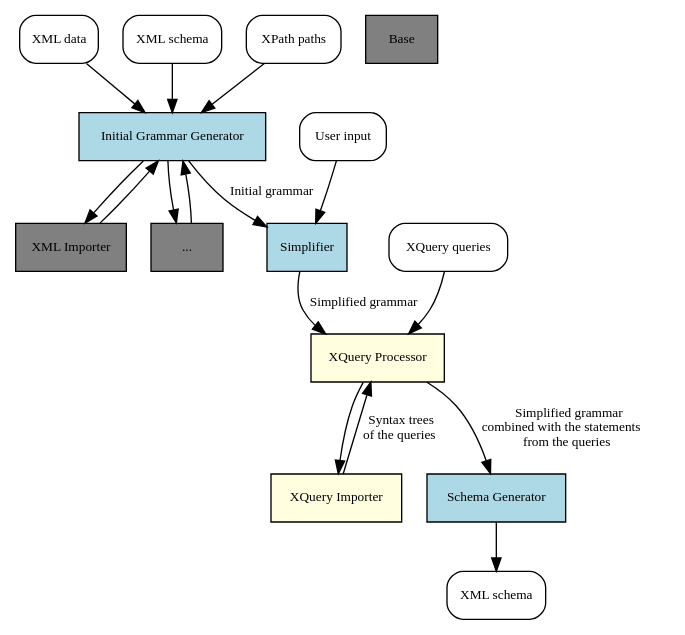
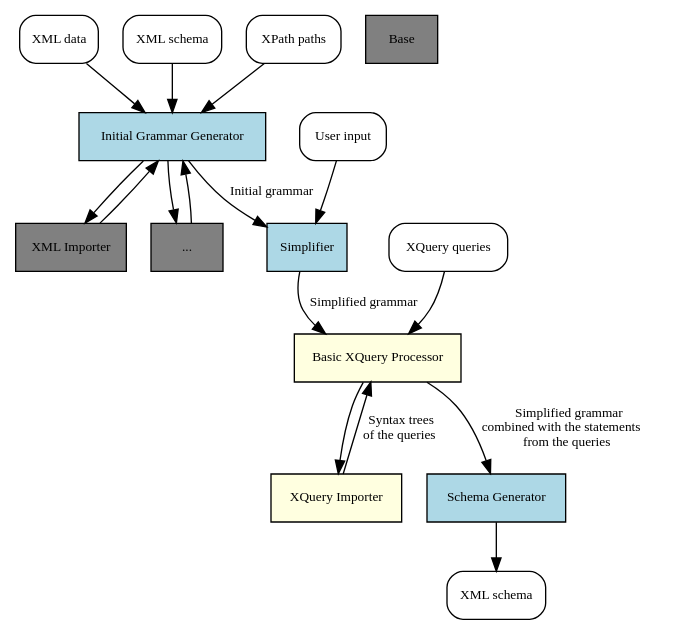
Before and after one commit to otmarjr/jInfer-fork: the diagram in doc/theses/mikula/jinfer_modules.gv, drawn with Graphviz. The commit also changed 3 other files, not shown here.

```diff
--- a/doc/theses/mikula/jinfer_modules.gv
+++ b/doc/theses/mikula/jinfer_modules.gv
@@ -1,35 +1,35 @@
 digraph inference_process {
 	node [shape = rectangle, fontname = "TeXGyrePagella-Regular", fontsize = 10];
 	edge [fontname = "TeXGyrePagella-Regular", fontsize = 10];
 
 	node [style= rounded];
 	input_xml [label = "XML data"];
 	input_schema [label = "XML schema"];
 	input_xpaths [label = "XPath paths"];
 	input_xml -> IGG;
 	input_schema -> IGG;
 	input_xpaths -> IGG;
 	IGG [label = "Initial Grammar Generator" style = "filled" fillcolor = "lightblue"];
 	XMLImporter [ label = "XML Importer" style = "filled" fillcolor = "grey"];
 	SchemaImporter [ label = "..." style = "filled" fillcolor = "grey"];
 	IGG -> XMLImporter;
 	XMLImporter -> IGG;
 	IGG -> SchemaImporter;
 	SchemaImporter -> IGG;
 	Base [ label = "Base" style = "filled" fillcolor = "grey"];
 	input_queries [label = "XQuery queries"];
 	input_queries -> XQueryProcessor;
 	XQueryImporter [label = "XQuery Importer" style = "filled" fillcolor = "lightyellow"];
 	IGG -> Simplifier [label = "Initial grammar"];
 	user_input [label = "User input"];
 	user_input -> Simplifier;
 	Simplifier [label = "Simplifier" style = "filled" fillcolor = "lightblue"];
-	XQueryProcessor [label = "XQuery Processor" style = "filled" fillcolor = "lightyellow"];
+	XQueryProcessor [label = "Basic XQuery Processor" style = "filled" fillcolor = "lightyellow"];
 	XQueryProcessor -> XQueryImporter;
 	XQueryImporter -> XQueryProcessor [label = <Syntax trees<br/>of the queries>];
 	Simplifier -> XQueryProcessor [label = "Simplified grammar"];
 	XQueryProcessor -> Exporter [label = <Simplified grammar<br/>combined with the statements<br/>from the queries>];
 	Exporter [label = "Schema Generator" style = "filled" fillcolor = "lightblue"];
 	output_xml [label = "XML schema"];
 	Exporter -> output_xml;
 }
```
